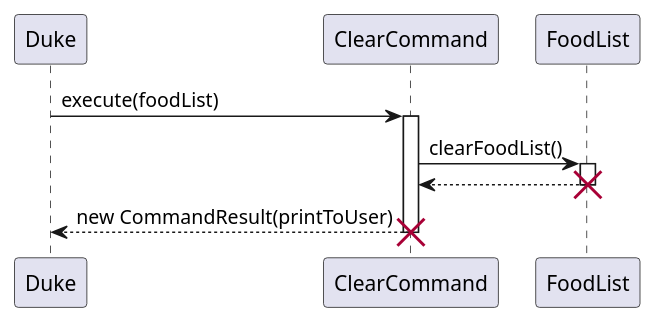
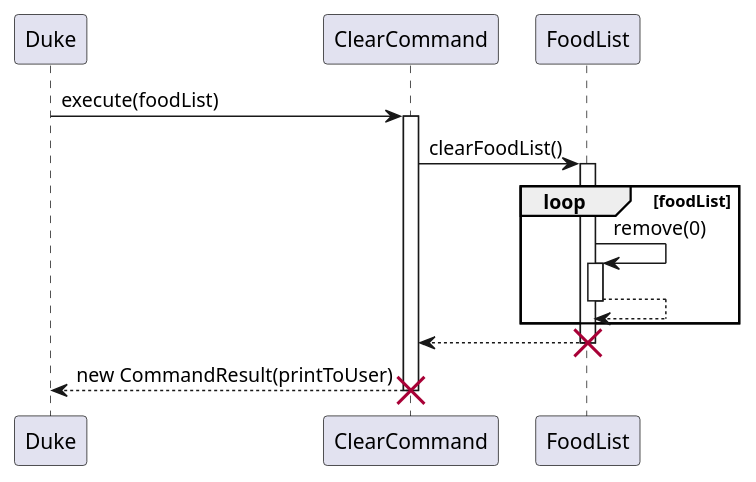
Before and after one commit to tsx0314/tp: the diagram in docs/puml/ClearCommandSequenceDiagram.puml, drawn with PlantUML. The commit also changed 1 other file, not shown here.

Commit message:
update clear command sequence diagram

```diff
--- a/docs/puml/ClearCommandSequenceDiagram.puml
+++ b/docs/puml/ClearCommandSequenceDiagram.puml
@@ -1,20 +1,29 @@
 @startuml
 'https://plantuml.com/sequence-diagram
 
 Participant Duke
 Participant ClearCommand
 Participant FoodList
 
 Duke -> ClearCommand: execute(foodList)
 activate ClearCommand
 
 ClearCommand -> FoodList: clearFoodList()
 activate FoodList
+
+loop foodList
+FoodList -> FoodList: remove(0)
+activate FoodList
+FoodList --> FoodList
+deactivate FoodList
+end
+
 ClearCommand <-- FoodList
+
 deactivate FoodList
 destroy FoodList
 
 ClearCommand --> Duke: new CommandResult(printToUser)
 deactivate ClearCommand
 destroy ClearCommand
 @enduml
```
